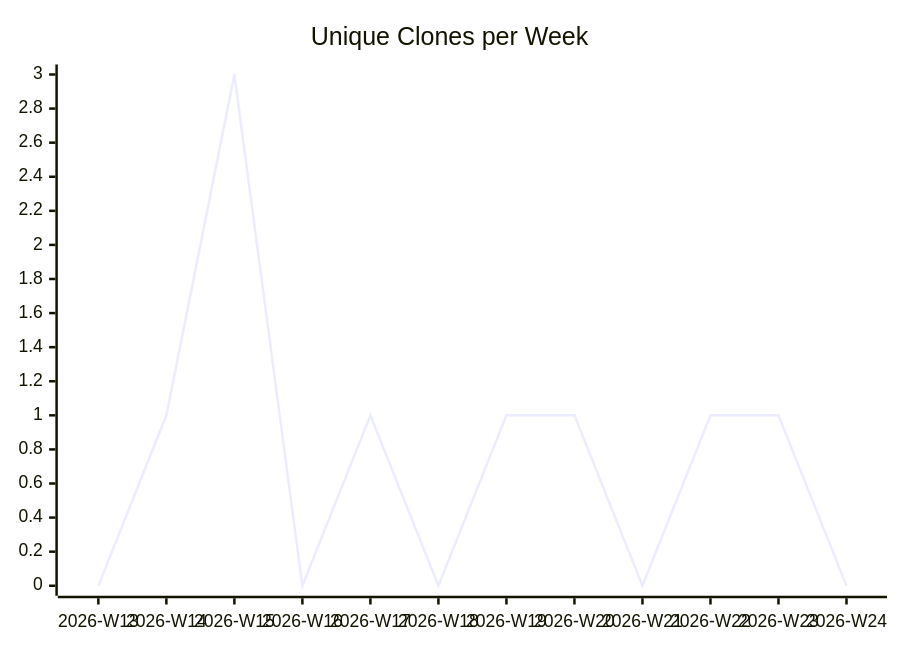
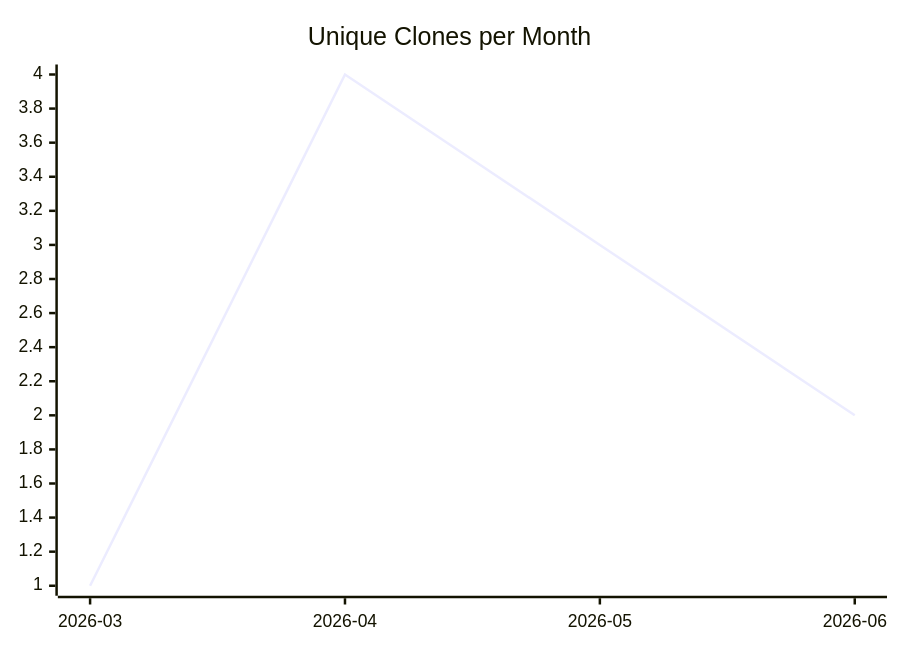
The third of 3 diagrams in karlmdavis/FHIR-Server/README.md (justdavis-family/github-analytics-data), drawn with Mermaid before and after one commit. The commit also changed other lines of this file and 198 other files, not shown here.

````diff
--- a/karlmdavis/FHIR-Server/README.md
+++ b/karlmdavis/FHIR-Server/README.md
@@ -19,6 +19,6 @@
 ```mermaid
 xychart-beta
-  title "Unique Clones per Week"
-  x-axis ["2026-W13", "2026-W14", "2026-W15", "2026-W16", "2026-W17", "2026-W18", "2026-W19", "2026-W20", "2026-W21", "2026-W22", "2026-W23", "2026-W24"]
-  line [0, 1, 3, 0, 1, 0, 1, 1, 0, 1, 1, 0]
+  title "Unique Clones per Month"
+  x-axis ["2026-03", "2026-04", "2026-05", "2026-06"]
+  line [1, 4, 3, 2]
 ```
````
